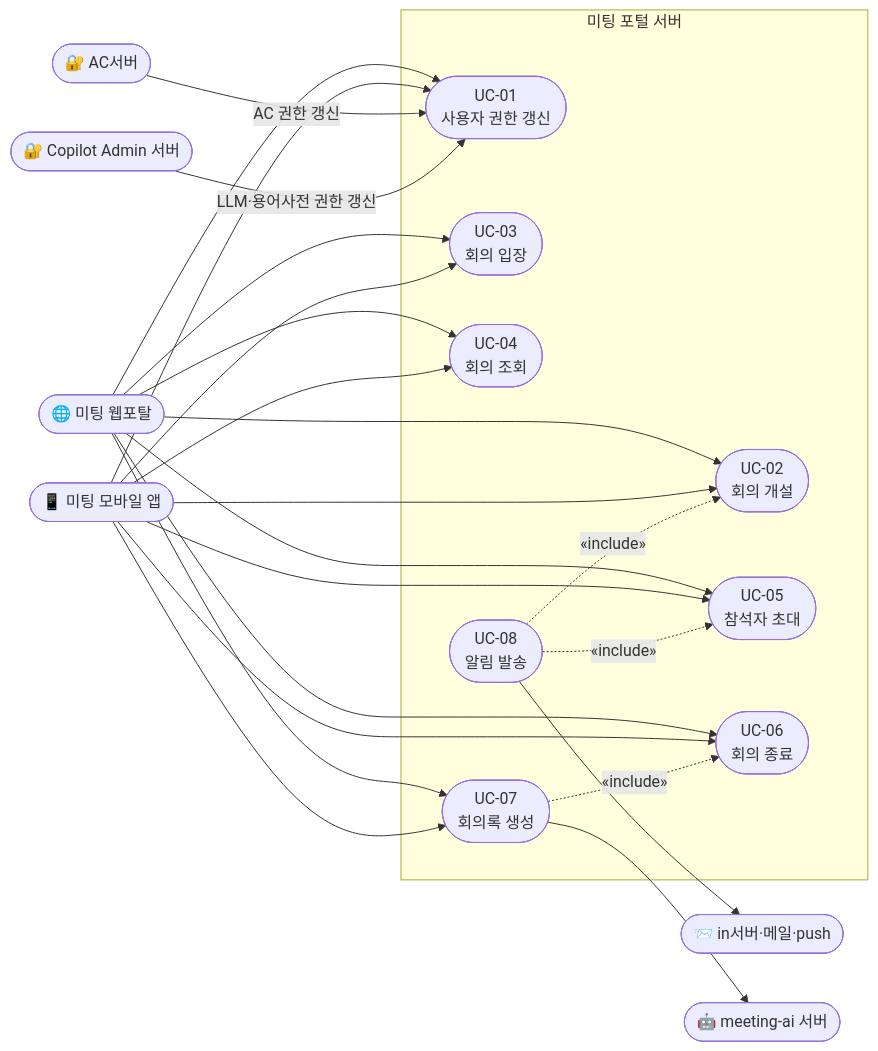
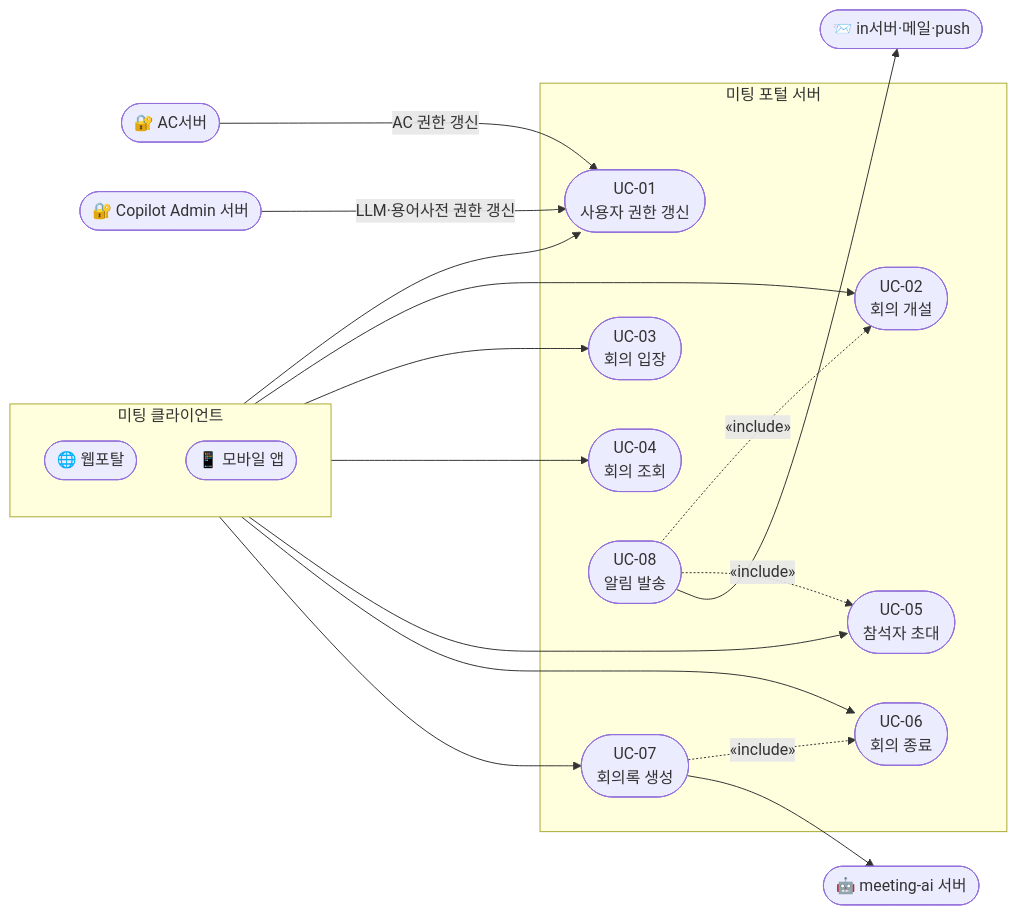
Before and after one commit to sujinnkim/A_Personal: the diagram in docs/03-requirements/2.1-functional/overview.md, drawn with Mermaid.

Commit message:
docs: 2.1 다이어그램 클라이언트 subgraph로 묶어 선 정리
- 웹포탈·모바일 앱을 '미팅 클라이언트' subgraph로 감싸고
  subgraph 단위에서 UC로 선이 뻗도록 변경

````diff
--- a/docs/03-requirements/2.1-functional/overview.md
+++ b/docs/03-requirements/2.1-functional/overview.md
@@ -60,44 +60,41 @@
 ```mermaid
 graph LR
-    WebPortal(["🌐 미팅 웹포탈"])
-    MobileApp(["📱 미팅 모바일 앱"])
+    subgraph Clients["미팅 클라이언트"]
+        direction TB
+        WebPortal(["🌐 웹포탈"])
+        MobileApp(["📱 모바일 앱"])
+    end
+
     InServer(["📨 in서버·메일·push"])
     MeetingAI(["🤖 meeting-ai 서버"])
     ACServer(["🔐 AC서버"])
     CopilotAdmin(["🔐 Copilot Admin 서버"])
 
     subgraph MeetingPortal["미팅 포털 서버"]
         UC01(["UC-01\n사용자 권한 갱신"])
         UC02(["UC-02\n회의 개설"])
         UC03(["UC-03\n회의 입장"])
         UC04(["UC-04\n회의 조회"])
         UC05(["UC-05\n참석자 초대"])
         UC06(["UC-06\n회의 종료"])
         UC07(["UC-07\n회의록 생성"])
         UC08(["UC-08\n알림 발송"])
     end
 
-    WebPortal --> UC01
-    WebPortal --> UC02
-    WebPortal --> UC03
-    WebPortal --> UC04
-    WebPortal --> UC05
-    WebPortal --> UC06
-    WebPortal --> UC07
-    MobileApp --> UC01
-    MobileApp --> UC02
-    MobileApp --> UC03
-    MobileApp --> UC04
-    MobileApp --> UC05
-    MobileApp --> UC06
-    MobileApp --> UC07
+    Clients --> UC01
+    Clients --> UC02
+    Clients --> UC03
+    Clients --> UC04
+    Clients --> UC05
+    Clients --> UC06
+    Clients --> UC07
 
     ACServer -->|"AC 권한 갱신"| UC01
     CopilotAdmin -->|"LLM·용어사전 권한 갱신"| UC01
 
     UC07 -.->|"«include»"| UC06
     UC08 -.->|"«include»"| UC02
     UC08 -.->|"«include»"| UC05
     UC08 --> InServer
     UC07 --> MeetingAI
 ```
````
